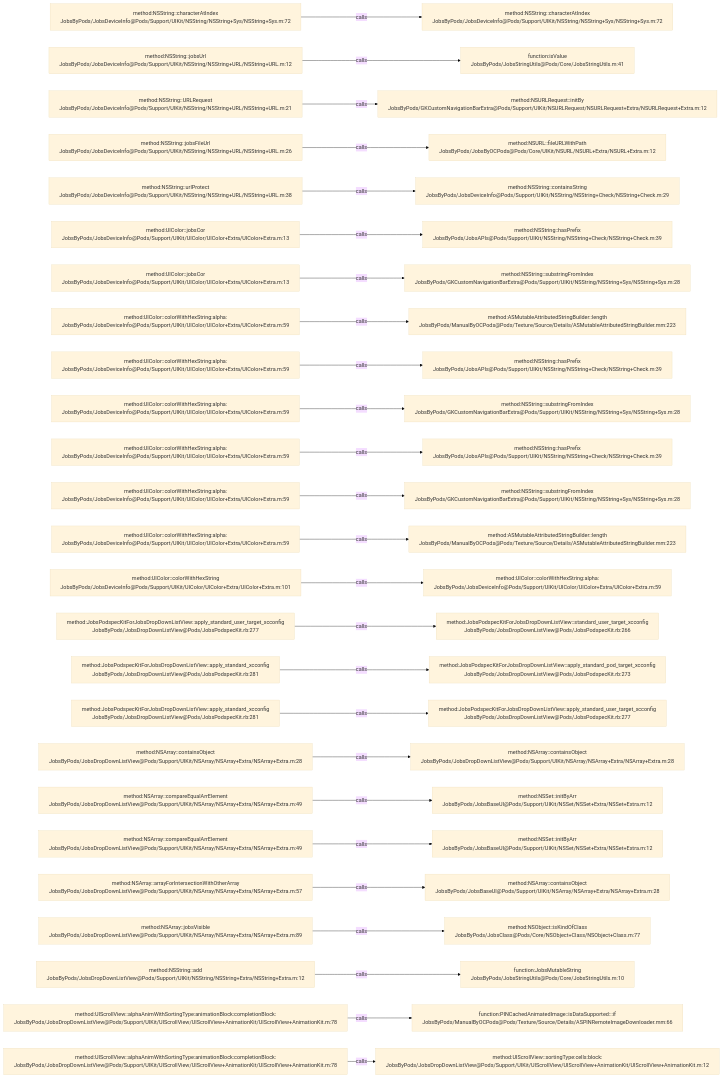
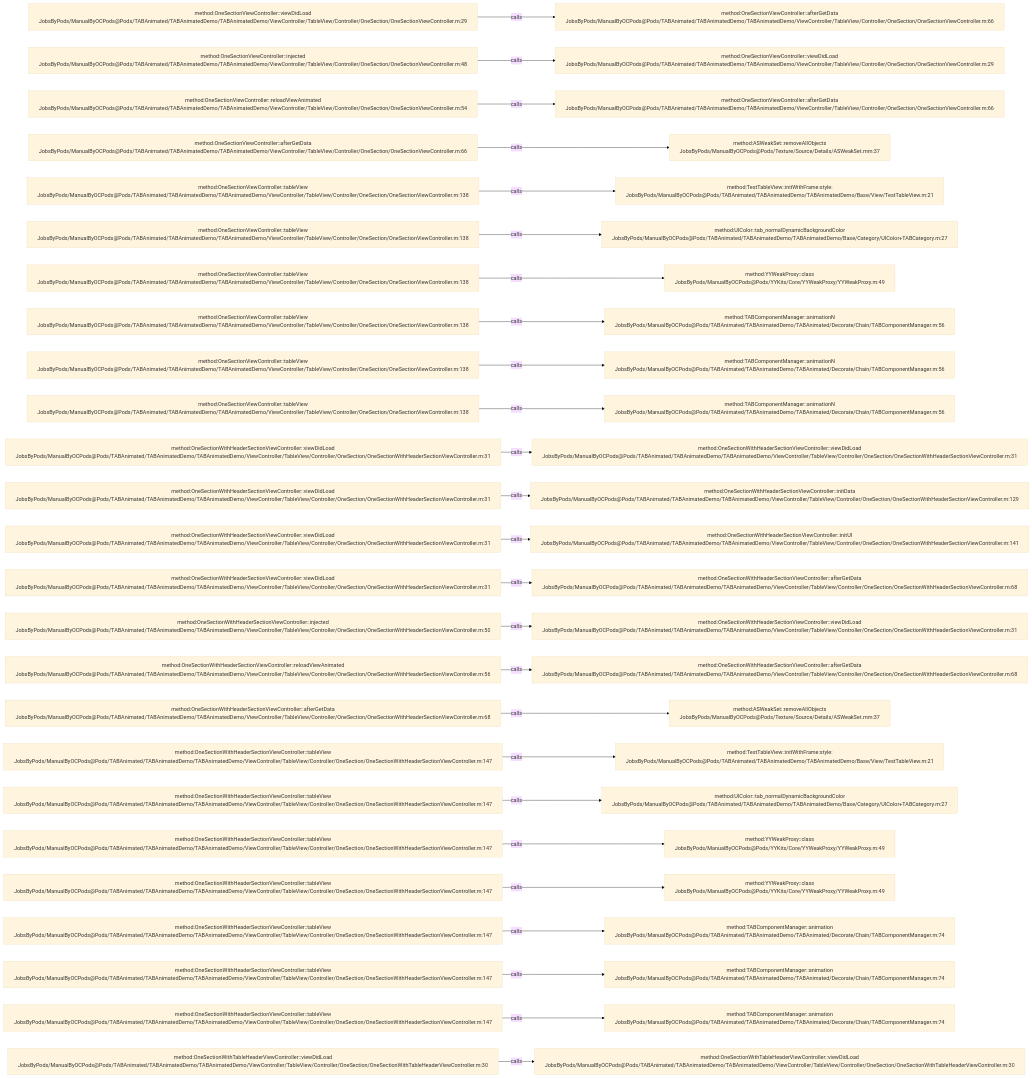
One commit to JobsKits/JobsOCBaseConfigDemo changed the diagram in .codegraph/codegraph.md/graphs/calls-064.md. Above: the diagram before and after it, drawn with Mermaid (base theme). The commit also changed 2162 other files, not shown here.

````diff
--- a/.codegraph/codegraph.md/graphs/calls-064.md
+++ b/.codegraph/codegraph.md/graphs/calls-064.md
@@ -13,78 +13,78 @@
 ```mermaid
 flowchart LR
-  S1["method:NSString::characterAtIndex<br/>JobsByPods/JobsDeviceInfo@Pods/Support/UIKit/NSString/NSString+Sys/NSString+Sys.m:72"]
-  T1["method:NSString::characterAtIndex<br/>JobsByPods/JobsDeviceInfo@Pods/Support/UIKit/NSString/NSString+Sys/NSString+Sys.m:72"]
+  S1["method:OneSectionViewController::viewDidLoad<br/>JobsByPods/ManualByOCPods@Pods/TABAnimated/TABAnimatedDemo/TABAnimatedDemo/ViewController/TableView/Controller/OneSection/OneSectionViewController.m:29"]
+  T1["method:OneSectionViewController::afterGetData<br/>JobsByPods/ManualByOCPods@Pods/TABAnimated/TABAnimatedDemo/TABAnimatedDemo/ViewController/TableView/Controller/OneSection/OneSectionViewController.m:66"]
   S1 -->|calls| T1
-  S2["method:NSString::jobsUrl<br/>JobsByPods/JobsDeviceInfo@Pods/Support/UIKit/NSString/NSString+URL/NSString+URL.m:12"]
-  T2["function:isValue<br/>JobsByPods/JobsStringUtils@Pods/Core/JobsStringUtils.m:41"]
+  S2["method:OneSectionViewController::injected<br/>JobsByPods/ManualByOCPods@Pods/TABAnimated/TABAnimatedDemo/TABAnimatedDemo/ViewController/TableView/Controller/OneSection/OneSectionViewController.m:48"]
+  T2["method:OneSectionViewController::viewDidLoad<br/>JobsByPods/ManualByOCPods@Pods/TABAnimated/TABAnimatedDemo/TABAnimatedDemo/ViewController/TableView/Controller/OneSection/OneSectionViewController.m:29"]
   S2 -->|calls| T2
-  S3["method:NSString::URLRequest<br/>JobsByPods/JobsDeviceInfo@Pods/Support/UIKit/NSString/NSString+URL/NSString+URL.m:21"]
-  T3["method:NSURLRequest::initBy<br/>JobsByPods/GKCustomNavigationBarExtra@Pods/Support/UIKit/NSURLRequest/NSURLRequest+Extra/NSURLRequest+Extra.m:12"]
+  S3["method:OneSectionViewController::reloadViewAnimated<br/>JobsByPods/ManualByOCPods@Pods/TABAnimated/TABAnimatedDemo/TABAnimatedDemo/ViewController/TableView/Controller/OneSection/OneSectionViewController.m:54"]
+  T3["method:OneSectionViewController::afterGetData<br/>JobsByPods/ManualByOCPods@Pods/TABAnimated/TABAnimatedDemo/TABAnimatedDemo/ViewController/TableView/Controller/OneSection/OneSectionViewController.m:66"]
   S3 -->|calls| T3
-  S4["method:NSString::jobsFileUrl<br/>JobsByPods/JobsDeviceInfo@Pods/Support/UIKit/NSString/NSString+URL/NSString+URL.m:26"]
-  T4["method:NSURL::fileURLWithPath<br/>JobsByPods/JobsByOCPods@Pods/Core/UIKit/NSURL/NSURL+Extra/NSURL+Extra.m:12"]
+  S4["method:OneSectionViewController::afterGetData<br/>JobsByPods/ManualByOCPods@Pods/TABAnimated/TABAnimatedDemo/TABAnimatedDemo/ViewController/TableView/Controller/OneSection/OneSectionViewController.m:66"]
+  T4["method:ASWeakSet::removeAllObjects<br/>JobsByPods/ManualByOCPods@Pods/Texture/Source/Details/ASWeakSet.mm:37"]
   S4 -->|calls| T4
-  S5["method:NSString::urlProtect<br/>JobsByPods/JobsDeviceInfo@Pods/Support/UIKit/NSString/NSString+URL/NSString+URL.m:38"]
-  T5["method:NSString::containsString<br/>JobsByPods/JobsDeviceInfo@Pods/Support/UIKit/NSString/NSString+Check/NSString+Check.m:29"]
+  S5["method:OneSectionViewController::tableView<br/>JobsByPods/ManualByOCPods@Pods/TABAnimated/TABAnimatedDemo/TABAnimatedDemo/ViewController/TableView/Controller/OneSection/OneSectionViewController.m:138"]
+  T5["method:TestTableView::initWithFrame:style:<br/>JobsByPods/ManualByOCPods@Pods/TABAnimated/TABAnimatedDemo/TABAnimatedDemo/Base/View/TestTableView.m:21"]
   S5 -->|calls| T5
-  S6["method:UIColor::jobsCor<br/>JobsByPods/JobsDeviceInfo@Pods/Support/UIKit/UIColor/UIColor+Extra/UIColor+Extra.m:13"]
-  T6["method:NSString::hasPrefix<br/>JobsByPods/JobsAPIs@Pods/Support/UIKit/NSString/NSString+Check/NSString+Check.m:39"]
+  S6["method:OneSectionViewController::tableView<br/>JobsByPods/ManualByOCPods@Pods/TABAnimated/TABAnimatedDemo/TABAnimatedDemo/ViewController/TableView/Controller/OneSection/OneSectionViewController.m:138"]
+  T6["method:UIColor::tab_normalDynamicBackgroundColor<br/>JobsByPods/ManualByOCPods@Pods/TABAnimated/TABAnimatedDemo/TABAnimatedDemo/Base/Category/UIColor+TABCategory.m:27"]
   S6 -->|calls| T6
-  S7["method:UIColor::jobsCor<br/>JobsByPods/JobsDeviceInfo@Pods/Support/UIKit/UIColor/UIColor+Extra/UIColor+Extra.m:13"]
-  T7["method:NSString::substringFromIndex<br/>JobsByPods/GKCustomNavigationBarExtra@Pods/Support/UIKit/NSString/NSString+Sys/NSString+Sys.m:28"]
+  S7["method:OneSectionViewController::tableView<br/>JobsByPods/ManualByOCPods@Pods/TABAnimated/TABAnimatedDemo/TABAnimatedDemo/ViewController/TableView/Controller/OneSection/OneSectionViewController.m:138"]
+  T7["method:YYWeakProxy::class<br/>JobsByPods/ManualByOCPods@Pods/YYKits/Core/YYWeakProxy/YYWeakProxy.m:49"]
   S7 -->|calls| T7
-  S8["method:UIColor::colorWithHexString:alpha:<br/>JobsByPods/JobsDeviceInfo@Pods/Support/UIKit/UIColor/UIColor+Extra/UIColor+Extra.m:59"]
-  T8["method:ASMutableAttributedStringBuilder::length<br/>JobsByPods/ManualByOCPods@Pods/Texture/Source/Details/ASMutableAttributedStringBuilder.mm:223"]
+  S8["method:OneSectionViewController::tableView<br/>JobsByPods/ManualByOCPods@Pods/TABAnimated/TABAnimatedDemo/TABAnimatedDemo/ViewController/TableView/Controller/OneSection/OneSectionViewController.m:138"]
+  T8["method:TABComponentManager::animationN<br/>JobsByPods/ManualByOCPods@Pods/TABAnimated/TABAnimatedDemo/TABAnimated/Decorate/Chain/TABComponentManager.m:56"]
   S8 -->|calls| T8
-  S9["method:UIColor::colorWithHexString:alpha:<br/>JobsByPods/JobsDeviceInfo@Pods/Support/UIKit/UIColor/UIColor+Extra/UIColor+Extra.m:59"]
-  T9["method:NSString::hasPrefix<br/>JobsByPods/JobsAPIs@Pods/Support/UIKit/NSString/NSString+Check/NSString+Check.m:39"]
+  S9["method:OneSectionViewController::tableView<br/>JobsByPods/ManualByOCPods@Pods/TABAnimated/TABAnimatedDemo/TABAnimatedDemo/ViewController/TableView/Controller/OneSection/OneSectionViewController.m:138"]
+  T9["method:TABComponentManager::animationN<br/>JobsByPods/ManualByOCPods@Pods/TABAnimated/TABAnimatedDemo/TABAnimated/Decorate/Chain/TABComponentManager.m:56"]
   S9 -->|calls| T9
-  S10["method:UIColor::colorWithHexString:alpha:<br/>JobsByPods/JobsDeviceInfo@Pods/Support/UIKit/UIColor/UIColor+Extra/UIColor+Extra.m:59"]
-  T10["method:NSString::substringFromIndex<br/>JobsByPods/GKCustomNavigationBarExtra@Pods/Support/UIKit/NSString/NSString+Sys/NSString+Sys.m:28"]
+  S10["method:OneSectionViewController::tableView<br/>JobsByPods/ManualByOCPods@Pods/TABAnimated/TABAnimatedDemo/TABAnimatedDemo/ViewController/TableView/Controller/OneSection/OneSectionViewController.m:138"]
+  T10["method:TABComponentManager::animationN<br/>JobsByPods/ManualByOCPods@Pods/TABAnimated/TABAnimatedDemo/TABAnimated/Decorate/Chain/TABComponentManager.m:56"]
   S10 -->|calls| T10
-  S11["method:UIColor::colorWithHexString:alpha:<br/>JobsByPods/JobsDeviceInfo@Pods/Support/UIKit/UIColor/UIColor+Extra/UIColor+Extra.m:59"]
-  T11["method:NSString::hasPrefix<br/>JobsByPods/JobsAPIs@Pods/Support/UIKit/NSString/NSString+Check/NSString+Check.m:39"]
+  S11["method:OneSectionWithHeaderSectionViewController::viewDidLoad<br/>JobsByPods/ManualByOCPods@Pods/TABAnimated/TABAnimatedDemo/TABAnimatedDemo/ViewController/TableView/Controller/OneSection/OneSectionWithHeaderSectionViewController.m:31"]
+  T11["method:OneSectionWithHeaderSectionViewController::viewDidLoad<br/>JobsByPods/ManualByOCPods@Pods/TABAnimated/TABAnimatedDemo/TABAnimatedDemo/ViewController/TableView/Controller/OneSection/OneSectionWithHeaderSectionViewController.m:31"]
   S11 -->|calls| T11
-  S12["method:UIColor::colorWithHexString:alpha:<br/>JobsByPods/JobsDeviceInfo@Pods/Support/UIKit/UIColor/UIColor+Extra/UIColor+Extra.m:59"]
-  T12["method:NSString::substringFromIndex<br/>JobsByPods/GKCustomNavigationBarExtra@Pods/Support/UIKit/NSString/NSString+Sys/NSString+Sys.m:28"]
+  S12["method:OneSectionWithHeaderSectionViewController::viewDidLoad<br/>JobsByPods/ManualByOCPods@Pods/TABAnimated/TABAnimatedDemo/TABAnimatedDemo/ViewController/TableView/Controller/OneSection/OneSectionWithHeaderSectionViewController.m:31"]
+  T12["method:OneSectionWithHeaderSectionViewController::initData<br/>JobsByPods/ManualByOCPods@Pods/TABAnimated/TABAnimatedDemo/TABAnimatedDemo/ViewController/TableView/Controller/OneSection/OneSectionWithHeaderSectionViewController.m:129"]
   S12 -->|calls| T12
-  S13["method:UIColor::colorWithHexString:alpha:<br/>JobsByPods/JobsDeviceInfo@Pods/Support/UIKit/UIColor/UIColor+Extra/UIColor+Extra.m:59"]
-  T13["method:ASMutableAttributedStringBuilder::length<br/>JobsByPods/ManualByOCPods@Pods/Texture/Source/Details/ASMutableAttributedStringBuilder.mm:223"]
+  S13["method:OneSectionWithHeaderSectionViewController::viewDidLoad<br/>JobsByPods/ManualByOCPods@Pods/TABAnimated/TABAnimatedDemo/TABAnimatedDemo/ViewController/TableView/Controller/OneSection/OneSectionWithHeaderSectionViewController.m:31"]
+  T13["method:OneSectionWithHeaderSectionViewController::initUI<br/>JobsByPods/ManualByOCPods@Pods/TABAnimated/TABAnimatedDemo/TABAnimatedDemo/ViewController/TableView/Controller/OneSection/OneSectionWithHeaderSectionViewController.m:141"]
   S13 -->|calls| T13
-  S14["method:UIColor::colorWithHexString<br/>JobsByPods/JobsDeviceInfo@Pods/Support/UIKit/UIColor/UIColor+Extra/UIColor+Extra.m:101"]
-  T14["method:UIColor::colorWithHexString:alpha:<br/>JobsByPods/JobsDeviceInfo@Pods/Support/UIKit/UIColor/UIColor+Extra/UIColor+Extra.m:59"]
+  S14["method:OneSectionWithHeaderSectionViewController::viewDidLoad<br/>JobsByPods/ManualByOCPods@Pods/TABAnimated/TABAnimatedDemo/TABAnimatedDemo/ViewController/TableView/Controller/OneSection/OneSectionWithHeaderSectionViewController.m:31"]
+  T14["method:OneSectionWithHeaderSectionViewController::afterGetData<br/>JobsByPods/ManualByOCPods@Pods/TABAnimated/TABAnimatedDemo/TABAnimatedDemo/ViewController/TableView/Controller/OneSection/OneSectionWithHeaderSectionViewController.m:68"]
   S14 -->|calls| T14
-  S15["method:JobsPodspecKitForJobsDropDownListView::apply_standard_user_target_xcconfig<br/>JobsByPods/JobsDropDownListView@Pods/JobsPodspecKit.rb:277"]
-  T15["method:JobsPodspecKitForJobsDropDownListView::standard_user_target_xcconfig<br/>JobsByPods/JobsDropDownListView@Pods/JobsPodspecKit.rb:266"]
+  S15["method:OneSectionWithHeaderSectionViewController::injected<br/>JobsByPods/ManualByOCPods@Pods/TABAnimated/TABAnimatedDemo/TABAnimatedDemo/ViewController/TableView/Controller/OneSection/OneSectionWithHeaderSectionViewController.m:50"]
+  T15["method:OneSectionWithHeaderSectionViewController::viewDidLoad<br/>JobsByPods/ManualByOCPods@Pods/TABAnimated/TABAnimatedDemo/TABAnimatedDemo/ViewController/TableView/Controller/OneSection/OneSectionWithHeaderSectionViewController.m:31"]
   S15 -->|calls| T15
-  S16["method:JobsPodspecKitForJobsDropDownListView::apply_standard_xcconfig<br/>JobsByPods/JobsDropDownListView@Pods/JobsPodspecKit.rb:281"]
-  T16["method:JobsPodspecKitForJobsDropDownListView::apply_standard_pod_target_xcconfig<br/>JobsByPods/JobsDropDownListView@Pods/JobsPodspecKit.rb:273"]
+  S16["method:OneSectionWithHeaderSectionViewController::reloadViewAnimated<br/>JobsByPods/ManualByOCPods@Pods/TABAnimated/TABAnimatedDemo/TABAnimatedDemo/ViewController/TableView/Controller/OneSection/OneSectionWithHeaderSectionViewController.m:56"]
+  T16["method:OneSectionWithHeaderSectionViewController::afterGetData<br/>JobsByPods/ManualByOCPods@Pods/TABAnimated/TABAnimatedDemo/TABAnimatedDemo/ViewController/TableView/Controller/OneSection/OneSectionWithHeaderSectionViewController.m:68"]
   S16 -->|calls| T16
-  S17["method:JobsPodspecKitForJobsDropDownListView::apply_standard_xcconfig<br/>JobsByPods/JobsDropDownListView@Pods/JobsPodspecKit.rb:281"]
-  T17["method:JobsPodspecKitForJobsDropDownListView::apply_standard_user_target_xcconfig<br/>JobsByPods/JobsDropDownListView@Pods/JobsPodspecKit.rb:277"]
+  S17["method:OneSectionWithHeaderSectionViewController::afterGetData<br/>JobsByPods/ManualByOCPods@Pods/TABAnimated/TABAnimatedDemo/TABAnimatedDemo/ViewController/TableView/Controller/OneSection/OneSectionWithHeaderSectionViewController.m:68"]
+  T17["method:ASWeakSet::removeAllObjects<br/>JobsByPods/ManualByOCPods@Pods/Texture/Source/Details/ASWeakSet.mm:37"]
   S17 -->|calls| T17
-  S18["method:NSArray::containsObject<br/>JobsByPods/JobsDropDownListView@Pods/Support/UIKit/NSArray/NSArray+Extra/NSArray+Extra.m:28"]
-  T18["method:NSArray::containsObject<br/>JobsByPods/JobsDropDownListView@Pods/Support/UIKit/NSArray/NSArray+Extra/NSArray+Extra.m:28"]
+  S18["method:OneSectionWithHeaderSectionViewController::tableView<br/>JobsByPods/ManualByOCPods@Pods/TABAnimated/TABAnimatedDemo/TABAnimatedDemo/ViewController/TableView/Controller/OneSection/OneSectionWithHeaderSectionViewController.m:147"]
+  T18["method:TestTableView::initWithFrame:style:<br/>JobsByPods/ManualByOCPods@Pods/TABAnimated/TABAnimatedDemo/TABAnimatedDemo/Base/View/TestTableView.m:21"]
   S18 -->|calls| T18
-  S19["method:NSArray::compareEqualArrElement<br/>JobsByPods/JobsDropDownListView@Pods/Support/UIKit/NSArray/NSArray+Extra/NSArray+Extra.m:49"]
-  T19["method:NSSet::initByArr<br/>JobsByPods/JobsBaseUI@Pods/Support/UIKit/NSSet/NSSet+Extra/NSSet+Extra.m:12"]
+  S19["method:OneSectionWithHeaderSectionViewController::tableView<br/>JobsByPods/ManualByOCPods@Pods/TABAnimated/TABAnimatedDemo/TABAnimatedDemo/ViewController/TableView/Controller/OneSection/OneSectionWithHeaderSectionViewController.m:147"]
+  T19["method:UIColor::tab_normalDynamicBackgroundColor<br/>JobsByPods/ManualByOCPods@Pods/TABAnimated/TABAnimatedDemo/TABAnimatedDemo/Base/Category/UIColor+TABCategory.m:27"]
   S19 -->|calls| T19
-  S20["method:NSArray::compareEqualArrElement<br/>JobsByPods/JobsDropDownListView@Pods/Support/UIKit/NSArray/NSArray+Extra/NSArray+Extra.m:49"]
-  T20["method:NSSet::initByArr<br/>JobsByPods/JobsBaseUI@Pods/Support/UIKit/NSSet/NSSet+Extra/NSSet+Extra.m:12"]
+  S20["method:OneSectionWithHeaderSectionViewController::tableView<br/>JobsByPods/ManualByOCPods@Pods/TABAnimated/TABAnimatedDemo/TABAnimatedDemo/ViewController/TableView/Controller/OneSection/OneSectionWithHeaderSectionViewController.m:147"]
+  T20["method:YYWeakProxy::class<br/>JobsByPods/ManualByOCPods@Pods/YYKits/Core/YYWeakProxy/YYWeakProxy.m:49"]
   S20 -->|calls| T20
-  S21["method:NSArray::arrayForIntersectionWithOtherArray<br/>JobsByPods/JobsDropDownListView@Pods/Support/UIKit/NSArray/NSArray+Extra/NSArray+Extra.m:57"]
-  T21["method:NSArray::containsObject<br/>JobsByPods/JobsBaseUI@Pods/Support/UIKit/NSArray/NSArray+Extra/NSArray+Extra.m:28"]
+  S21["method:OneSectionWithHeaderSectionViewController::tableView<br/>JobsByPods/ManualByOCPods@Pods/TABAnimated/TABAnimatedDemo/TABAnimatedDemo/ViewController/TableView/Controller/OneSection/OneSectionWithHeaderSectionViewController.m:147"]
+  T21["method:YYWeakProxy::class<br/>JobsByPods/ManualByOCPods@Pods/YYKits/Core/YYWeakProxy/YYWeakProxy.m:49"]
   S21 -->|calls| T21
-  S22["method:NSArray::jobsVisible<br/>JobsByPods/JobsDropDownListView@Pods/Support/UIKit/NSArray/NSArray+Extra/NSArray+Extra.m:89"]
-  T22["method:NSObject::isKindOfClass<br/>JobsByPods/JobsClass@Pods/Core/NSObject+Class/NSObject+Class.m:77"]
+  S22["method:OneSectionWithHeaderSectionViewController::tableView<br/>JobsByPods/ManualByOCPods@Pods/TABAnimated/TABAnimatedDemo/TABAnimatedDemo/ViewController/TableView/Controller/OneSection/OneSectionWithHeaderSectionViewController.m:147"]
+  T22["method:TABComponentManager::animation<br/>JobsByPods/ManualByOCPods@Pods/TABAnimated/TABAnimatedDemo/TABAnimated/Decorate/Chain/TABComponentManager.m:74"]
   S22 -->|calls| T22
-  S23["method:NSString::add<br/>JobsByPods/JobsDropDownListView@Pods/Support/UIKit/NSString/NSString+Extra/NSString+Extra.m:12"]
-  T23["function:JobsMutableString<br/>JobsByPods/JobsStringUtils@Pods/Core/JobsStringUtils.m:10"]
+  S23["method:OneSectionWithHeaderSectionViewController::tableView<br/>JobsByPods/ManualByOCPods@Pods/TABAnimated/TABAnimatedDemo/TABAnimatedDemo/ViewController/TableView/Controller/OneSection/OneSectionWithHeaderSectionViewController.m:147"]
+  T23["method:TABComponentManager::animation<br/>JobsByPods/ManualByOCPods@Pods/TABAnimated/TABAnimatedDemo/TABAnimated/Decorate/Chain/TABComponentManager.m:74"]
   S23 -->|calls| T23
-  S24["method:UIScrollView::alphaAnimWithSortingType:animationBlock:completionBlock:<br/>JobsByPods/JobsDropDownListView@Pods/Support/UIKit/UIScrollView/UIScrollView+AnimationKit/UIScrollView+AnimationKit.m:78"]
-  T24["function:PINCachedAnimatedImage::isDataSupported:::if<br/>JobsByPods/ManualByOCPods@Pods/Texture/Source/Details/ASPINRemoteImageDownloader.mm:66"]
+  S24["method:OneSectionWithHeaderSectionViewController::tableView<br/>JobsByPods/ManualByOCPods@Pods/TABAnimated/TABAnimatedDemo/TABAnimatedDemo/ViewController/TableView/Controller/OneSection/OneSectionWithHeaderSectionViewController.m:147"]
+  T24["method:TABComponentManager::animation<br/>JobsByPods/ManualByOCPods@Pods/TABAnimated/TABAnimatedDemo/TABAnimated/Decorate/Chain/TABComponentManager.m:74"]
   S24 -->|calls| T24
-  S25["method:UIScrollView::alphaAnimWithSortingType:animationBlock:completionBlock:<br/>JobsByPods/JobsDropDownListView@Pods/Support/UIKit/UIScrollView/UIScrollView+AnimationKit/UIScrollView+AnimationKit.m:78"]
-  T25["method:UIScrollView::sortingType:cells:block:<br/>JobsByPods/JobsDropDownListView@Pods/Support/UIKit/UIScrollView/UIScrollView+AnimationKit/UIScrollView+AnimationKit.m:12"]
+  S25["method:OneSectionWithTableHeaderViewController::viewDidLoad<br/>JobsByPods/ManualByOCPods@Pods/TABAnimated/TABAnimatedDemo/TABAnimatedDemo/ViewController/TableView/Controller/OneSection/OneSectionWithTableHeaderViewController.m:30"]
+  T25["method:OneSectionWithTableHeaderViewController::viewDidLoad<br/>JobsByPods/ManualByOCPods@Pods/TABAnimated/TABAnimatedDemo/TABAnimatedDemo/ViewController/TableView/Controller/OneSection/OneSectionWithTableHeaderViewController.m:30"]
   S25 -->|calls| T25
 ```
````
